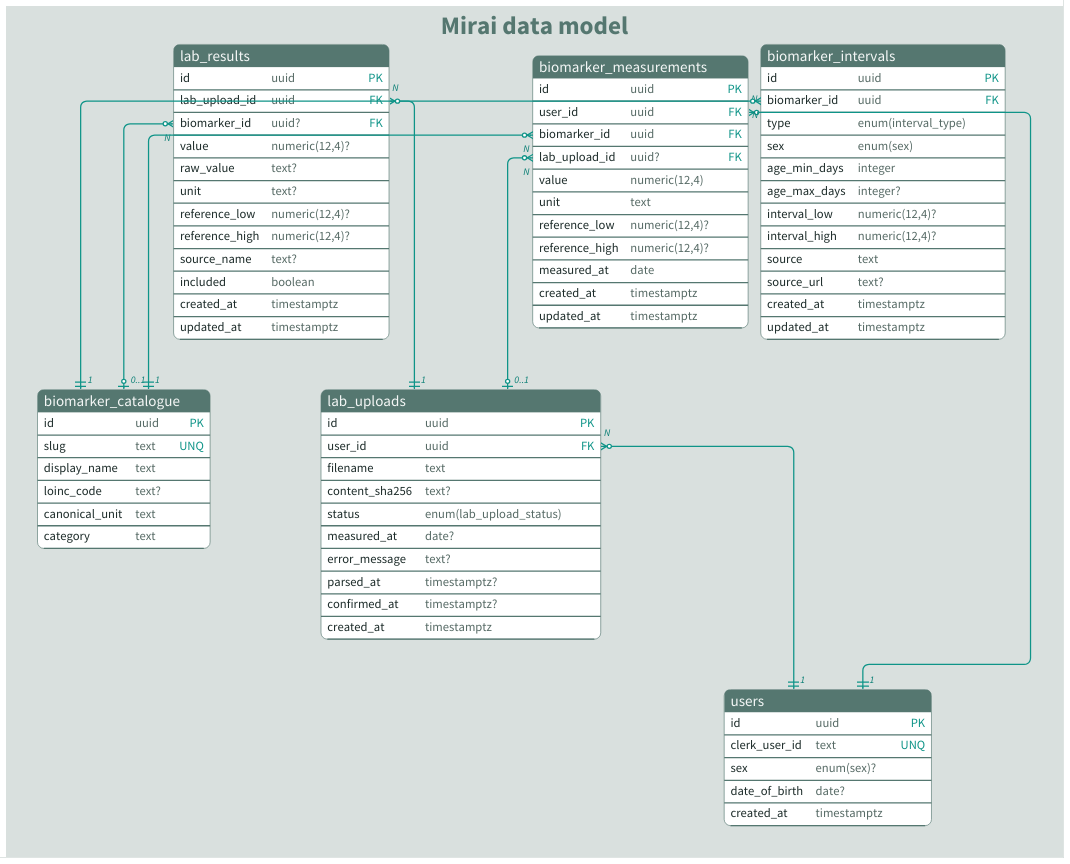
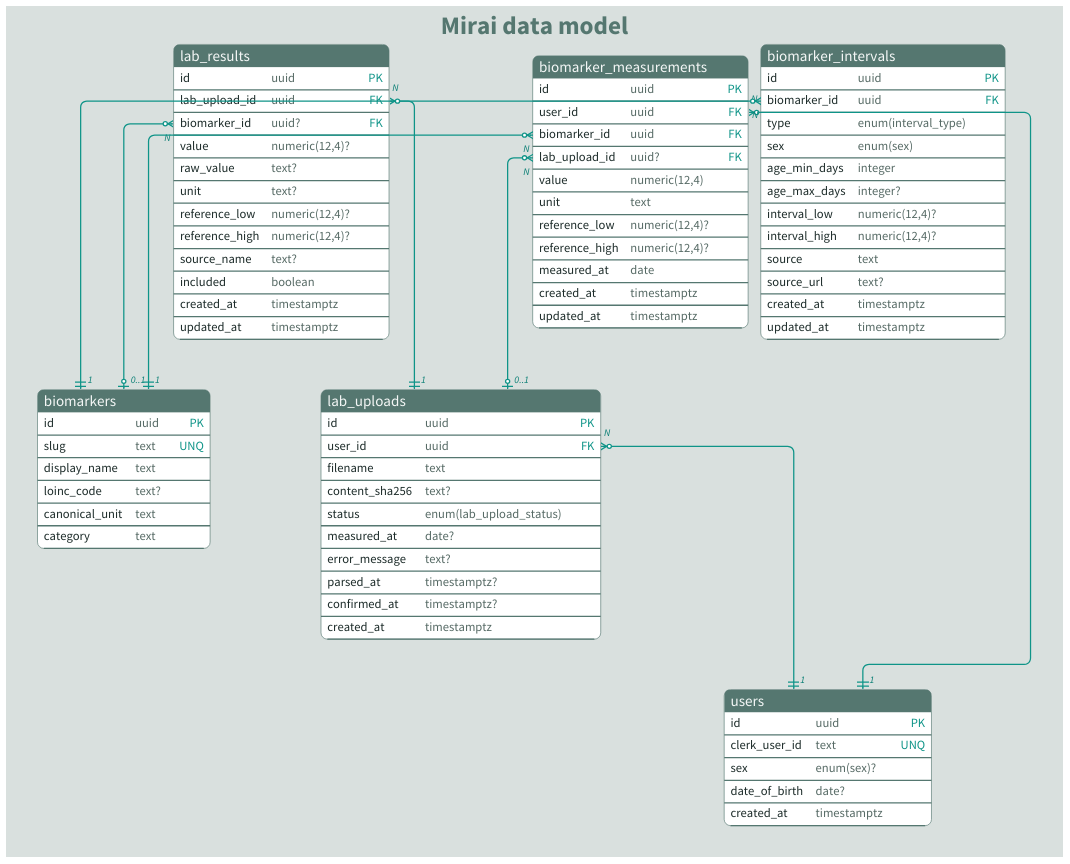
The diagram in docs/database/er_diagram/er_diagram.d2 (Skyvell/mirai), drawn with D2 before and after one commit. The commit also changed 1 other file, not shown here.

Commit message:
docs(er-diagram): name the catalogue table biomarkers, matching the schema

```diff
--- a/docs/database/er_diagram/er_diagram.d2
+++ b/docs/database/er_diagram/er_diagram.d2
@@ -1,142 +1,142 @@
 vars: {
   d2-config: {
     layout-engine: elk
     dark-theme-id: 200
     pad: 0
     theme-overrides: {
       B4: "#d9e0de"
       N1: "#557770"
       N2: "#566a65"
       N7: "#ffffff"
       B1: "#0f9488"
       B2: "#1c2b29"
       AA2: "#0f9488"
     }
     dark-theme-overrides: {
       B4: "#1b1c1f"
       N1: "#1f4d44"
       N2: "#b3c2be"
       N7: "#3a4945"
       B1: "#4fb3a3"
       B2: "#eef3f1"
       AA2: "#6fcab9"
     }
   }
 }
 
 classes: {
   table: {
     shape: sql_table
     style: {
       border-radius: 10
       shadow: true
       stroke-width: 1
       font-color: "#f4f7f6"
     }
   }
   fk: {
     source-arrowhead: N {shape: cf-many; style.font-color: "#0b7f75"}
     target-arrowhead: 1 {shape: cf-one-required; style.font-color: "#0b7f75"}
     style.stroke-width: 2
   }
   optional: {
     target-arrowhead: 0..1 {shape: cf-one; style.font-color: "#0b7f75"}
   }
 }
 
 schema: Mirai data model {
   style: {
     stroke-width: 0
     font-size: 40
     font-color: "#557770"
     bold: true
   }
 
   users: {
     class: table
     id: uuid {constraint: primary_key}
     clerk_user_id: text {constraint: unique}
     sex: enum(sex)?
     date_of_birth: date?
     created_at: timestamptz
   }
 
-  biomarker_catalogue: {
+  biomarkers: {
     class: table
     id: uuid {constraint: primary_key}
     slug: text {constraint: unique}
     display_name: text
     loinc_code: text?
     canonical_unit: text
     category: text
   }
 
   lab_uploads: {
     class: table
     id: uuid {constraint: primary_key}
     user_id: uuid {constraint: foreign_key}
     filename: text
     content_sha256: text?
     status: enum(lab_upload_status)
     measured_at: date?
     error_message: text?
     parsed_at: timestamptz?
     confirmed_at: timestamptz?
     created_at: timestamptz
   }
 
   lab_results: {
     class: table
     id: uuid {constraint: primary_key}
     lab_upload_id: uuid {constraint: foreign_key}
     biomarker_id: uuid? {constraint: foreign_key}
     value: numeric(12,4)?
     raw_value: text?
     unit: text?
     reference_low: numeric(12,4)?
     reference_high: numeric(12,4)?
     source_name: text?
     included: boolean
     created_at: timestamptz
     updated_at: timestamptz
   }
 
   biomarker_measurements: {
     class: table
     id: uuid {constraint: primary_key}
     user_id: uuid {constraint: foreign_key}
     biomarker_id: uuid {constraint: foreign_key}
     lab_upload_id: uuid? {constraint: foreign_key}
     value: numeric(12,4)
     unit: text
     reference_low: numeric(12,4)?
     reference_high: numeric(12,4)?
     measured_at: date
     created_at: timestamptz
     updated_at: timestamptz
   }
 
   biomarker_intervals: {
     class: table
     id: uuid {constraint: primary_key}
     biomarker_id: uuid {constraint: foreign_key}
     type: enum(interval_type)
     sex: enum(sex)
     age_min_days: integer
     age_max_days: integer?
     interval_low: numeric(12,4)?
     interval_high: numeric(12,4)?
     source: text
     source_url: text?
     created_at: timestamptz
     updated_at: timestamptz
   }
 
   lab_uploads.user_id <-> users: {class: fk}
   biomarker_measurements.user_id <-> users: {class: fk}
-  biomarker_intervals.biomarker_id <-> biomarker_catalogue: {class: fk}
-  lab_results.biomarker_id <-> biomarker_catalogue: {class: [fk; optional]}
-  biomarker_measurements.biomarker_id <-> biomarker_catalogue: {class: fk}
+  biomarker_intervals.biomarker_id <-> biomarkers: {class: fk}
+  lab_results.biomarker_id <-> biomarkers: {class: [fk; optional]}
+  biomarker_measurements.biomarker_id <-> biomarkers: {class: fk}
   lab_results.lab_upload_id <-> lab_uploads: {class: fk}
   biomarker_measurements.lab_upload_id <-> lab_uploads: {class: [fk; optional]}
 }
```
